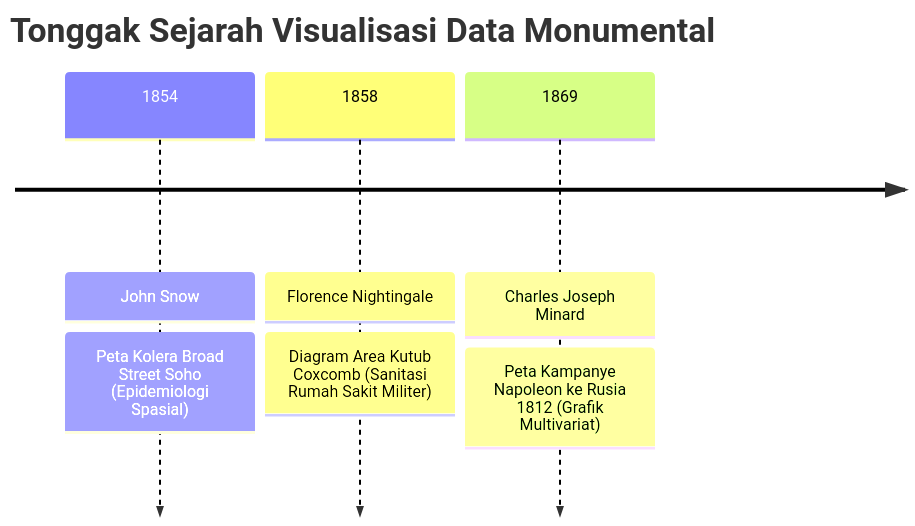
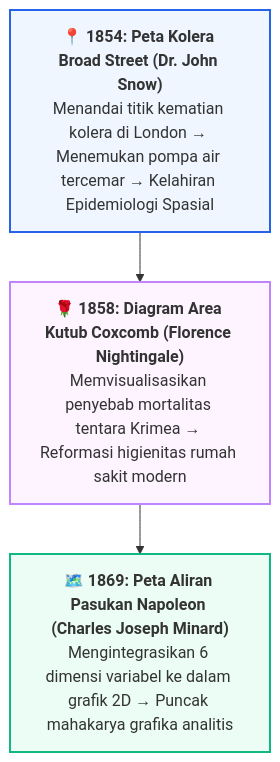
One commit to mahendaruui/Perkuliahan changed the second of 3 diagrams in docs/visualisasi-data/01-pengantar-visualisasi-data.md. Above: the diagram before and after it, drawn with Mermaid. The commit also changed other lines of this file and 15 other files, not shown here.

Commit message:
refactor: update and standardize mermaid diagrams across all documentation modules

````diff
--- a/docs/visualisasi-data/01-pengantar-visualisasi-data.md
+++ b/docs/visualisasi-data/01-pengantar-visualisasi-data.md
@@ -70,7 +71,10 @@
 ```mermaid
-timeline
-    title Tonggak Sejarah Visualisasi Data Monumental
-    1854 : John Snow : Peta Kolera Broad Street Soho (Epidemiologi Spasial)
-    1858 : Florence Nightingale : Diagram Area Kutub Coxcomb (Sanitasi Rumah Sakit Militer)
-    1869 : Charles Joseph Minard : Peta Kampanye Napoleon ke Rusia 1812 (Grafik Multivariat)
+flowchart TD
+    H1["📍 <b>1854: Peta Kolera Broad Street (Dr. John Snow)</b><br>Menandai titik kematian kolera di London → Menemukan pompa air tercemar → Kelahiran Epidemiologi Spasial"]
+    --> H2["🌹 <b>1858: Diagram Area Kutub Coxcomb (Florence Nightingale)</b><br>Memvisualisasikan penyebab mortalitas tentara Krimea → Reformasi higienitas rumah sakit modern"]
+    --> H3["🗺️ <b>1869: Peta Aliran Pasukan Napoleon (Charles Joseph Minard)</b><br>Mengintegrasikan 6 dimensi variabel ke dalam grafik 2D → Puncak mahakarya grafika analitis"]
+
+    style H1 fill:#eff6ff,stroke:#2563eb,stroke-width:2px
+    style H2 fill:#fdf4ff,stroke:#c084fc,stroke-width:2px
+    style H3 fill:#ecfdf5,stroke:#10b981,stroke-width:2px
 ```
````
